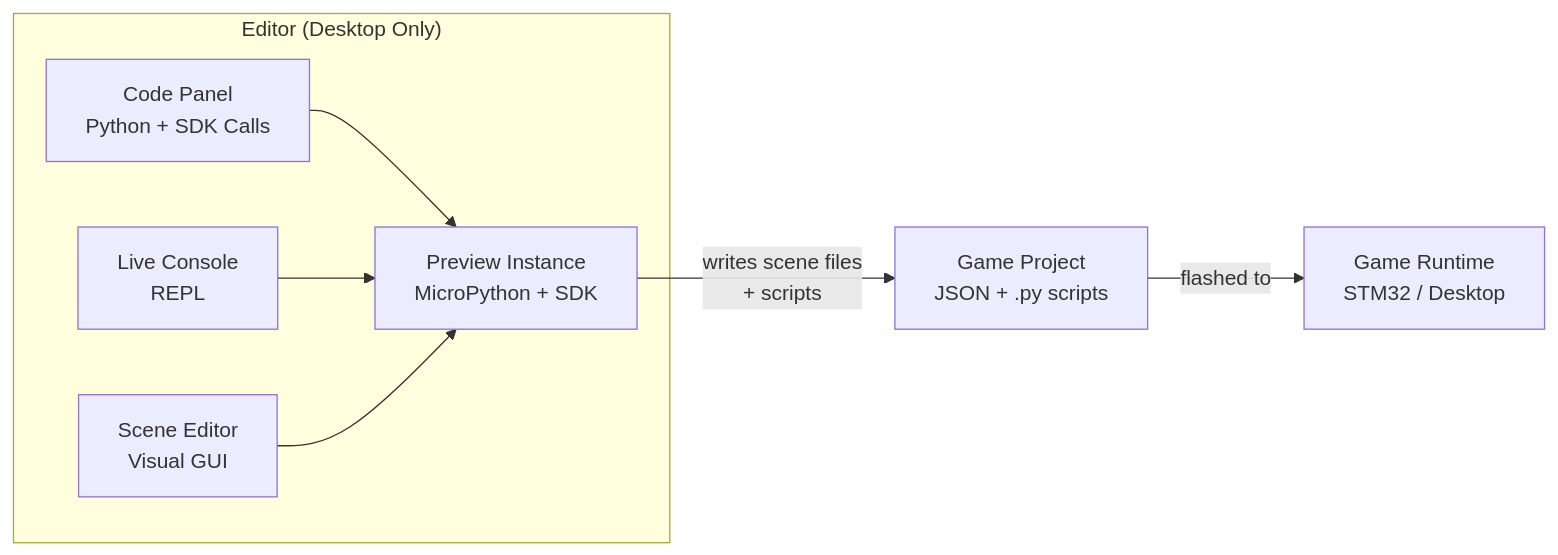
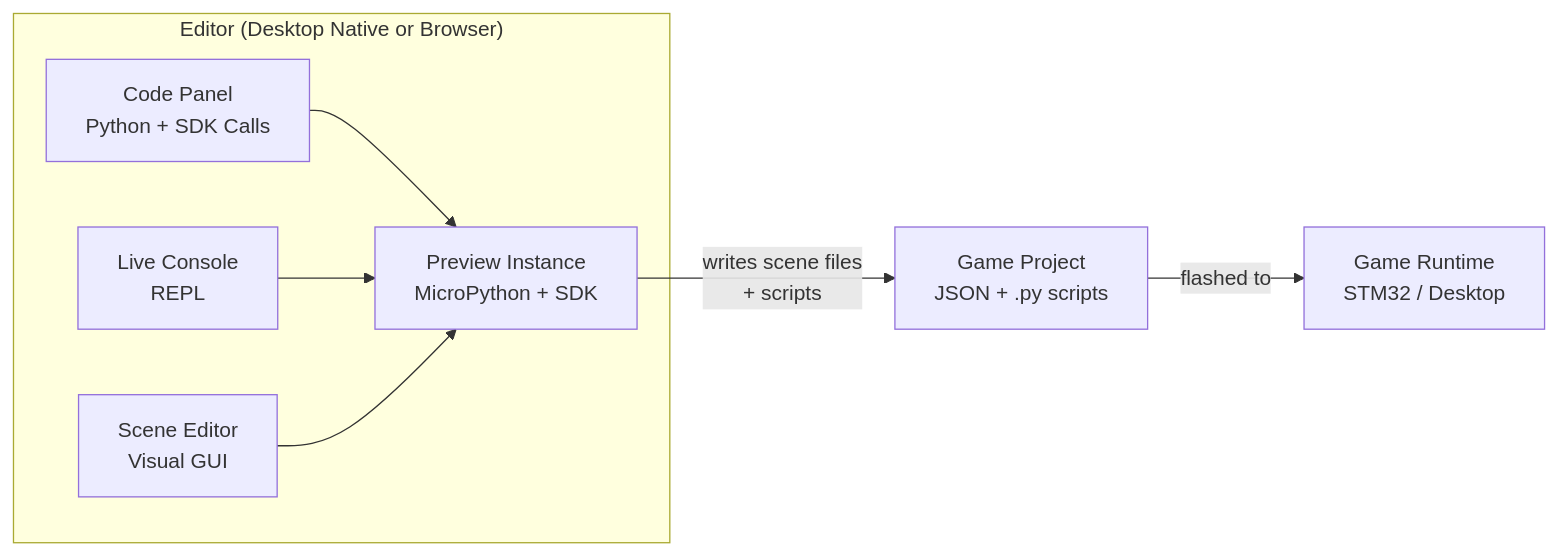
One commit to Schulich-Press-Start/console changed the fourth of 4 diagrams in ARCHITECTURE_PROPOSAL.md. Above: the diagram before and after it, drawn with Mermaid. The commit also changed other lines of this file, not shown here.

Commit message:
Clarify browser support means web-based editor, not game ports; add editor deployment models

````diff
--- a/ARCHITECTURE_PROPOSAL.md
+++ b/ARCHITECTURE_PROPOSAL.md
@@ -199,10 +201,10 @@
 ```mermaid
 flowchart LR
-    subgraph Editor["Editor (Desktop Only)"]
+    subgraph Editor["Editor (Desktop Native or Browser)"]
         CodePanel["Code Panel<br>Python + SDK Calls"] --> Preview["Preview Instance<br>MicroPython + SDK"]
         REPL["Live Console<br>REPL"] --> Preview
         SceneEd["Scene Editor<br>Visual GUI"] --> Preview
     end
     Preview -->|"writes scene files<br>+ scripts"| GameProject["Game Project<br>JSON + .py scripts"]
     GameProject -->|"flashed to"| Game["Game Runtime<br>STM32 / Desktop"]
 ```
````
